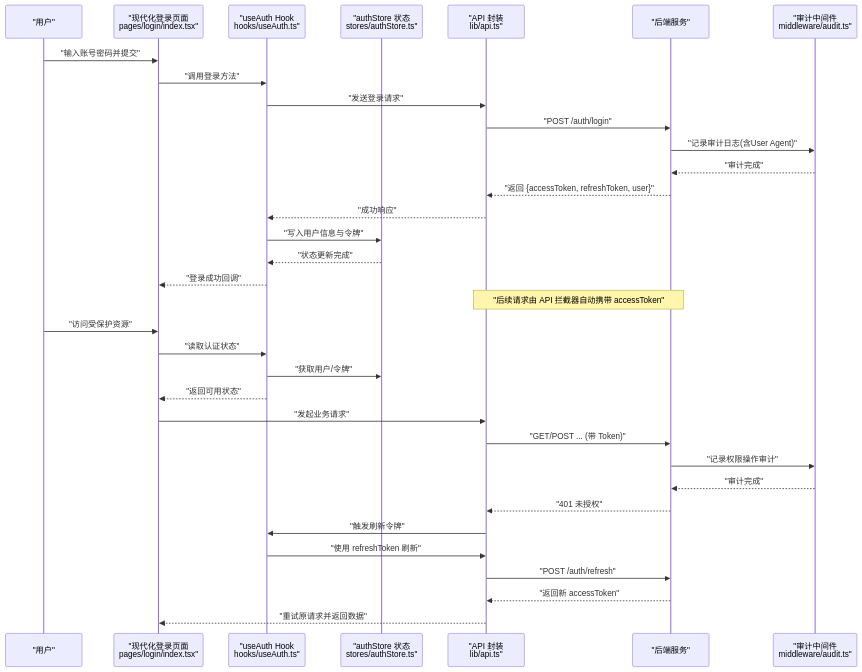
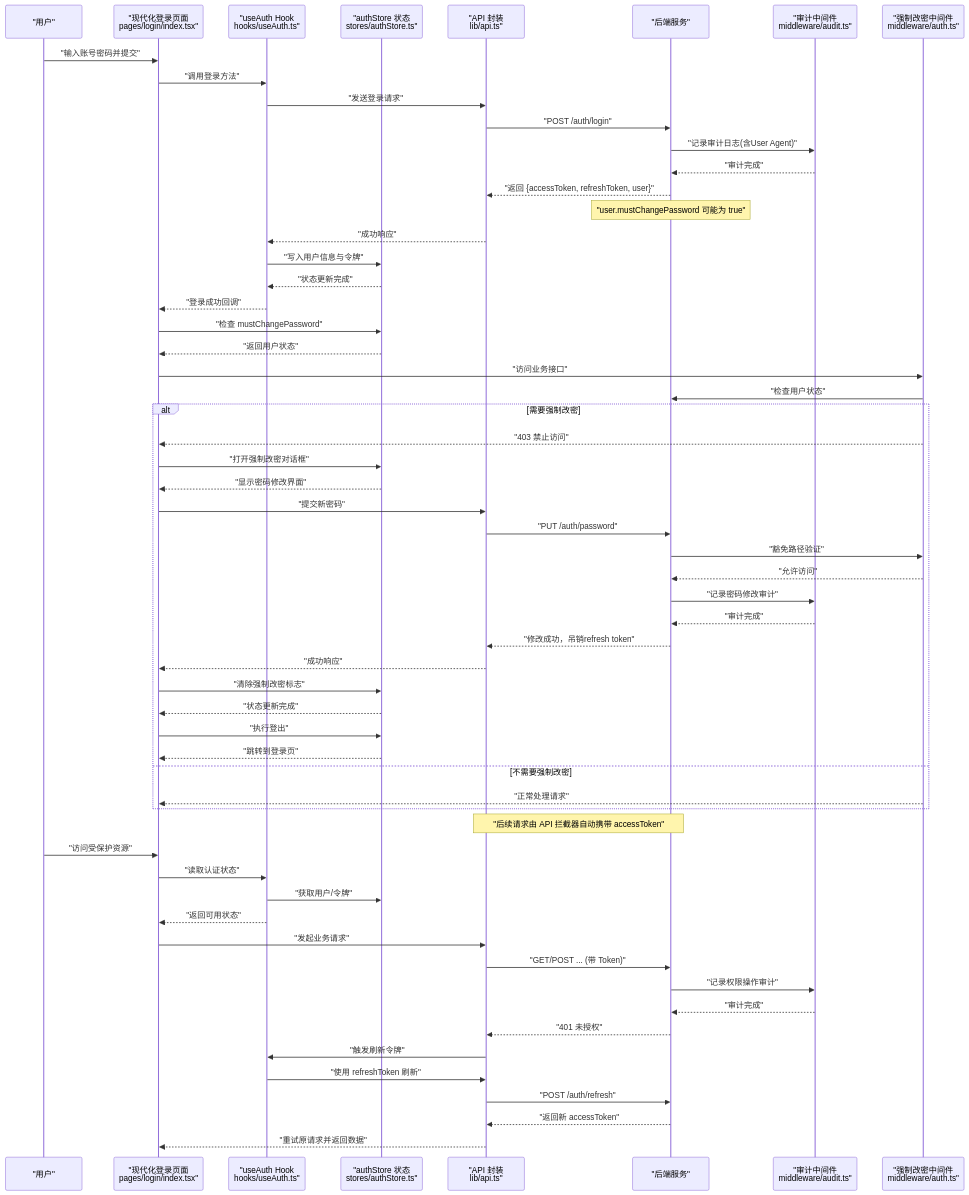
One commit to Damao997/newproject changed the second of 10 diagrams in .qoder/repowiki/zh/content/核心模块/用户认证系统.md. Above: the diagram before and after it, drawn with Mermaid. The commit also changed other lines of this file and 24 other files, not shown here.

````diff
--- a/.qoder/repowiki/zh/content/核心模块/用户认证系统.md
+++ b/.qoder/repowiki/zh/content/核心模块/用户认证系统.md
@@ -156,36 +181,61 @@
 ```mermaid
 sequenceDiagram
 participant U as "用户"
 participant UI as "现代化登录页面<br/>pages/login/index.tsx"
 participant H as "useAuth Hook<br/>hooks/useAuth.ts"
 participant S as "authStore 状态<br/>stores/authStore.ts"
 participant A as "API 封装<br/>lib/api.ts"
 participant B as "后端服务"
 participant AD as "审计中间件<br/>middleware/audit.ts"
+participant AM as "强制改密中间件<br/>middleware/auth.ts"
 U->>UI : "输入账号密码并提交"
 UI->>H : "调用登录方法"
 H->>A : "发送登录请求"
 A->>B : "POST /auth/login"
 B->>AD : "记录审计日志(含User Agent)"
 AD-->>B : "审计完成"
 B-->>A : "返回 {accessToken, refreshToken, user}"
+Note over B : "user.mustChangePassword 可能为 true"
 A-->>H : "成功响应"
 H->>S : "写入用户信息与令牌"
 S-->>H : "状态更新完成"
 H-->>UI : "登录成功回调"
+UI->>S : "检查 mustChangePassword"
+S-->>UI : "返回用户状态"
+UI->>AM : "访问业务接口"
+AM->>B : "检查用户状态"
+alt 需要强制改密
+AM-->>UI : "403 禁止访问"
+UI->>S : "打开强制改密对话框"
+S-->>UI : "显示密码修改界面"
+UI->>A : "提交新密码"
+A->>B : "PUT /auth/password"
+B->>AM : "豁免路径验证"
+AM-->>B : "允许访问"
+B->>AD : "记录密码修改审计"
+AD-->>B : "审计完成"
+B-->>A : "修改成功，吊销refresh token"
+A-->>UI : "成功响应"
+UI->>S : "清除强制改密标志"
+S-->>UI : "状态更新完成"
+UI->>S : "执行登出"
+S-->>UI : "跳转到登录页"
+else 不需要强制改密
+AM-->>UI : "正常处理请求"
+end
 Note over A,B : "后续请求由 API 拦截器自动携带 accessToken"
 U->>UI : "访问受保护资源"
 UI->>H : "读取认证状态"
 H->>S : "获取用户/令牌"
 H-->>UI : "返回可用状态"
 UI->>A : "发起业务请求"
 A->>B : "GET/POST ... (带 Token)"
 B->>AD : "记录权限操作审计"
 AD-->>B : "审计完成"
 B-->>A : "401 未授权"
 A->>H : "触发刷新令牌"
 H->>A : "使用 refreshToken 刷新"
 A->>B : "POST /auth/refresh"
 B-->>A : "返回新 accessToken"
 A-->>UI : "重试原请求并返回数据"
 ```
````
